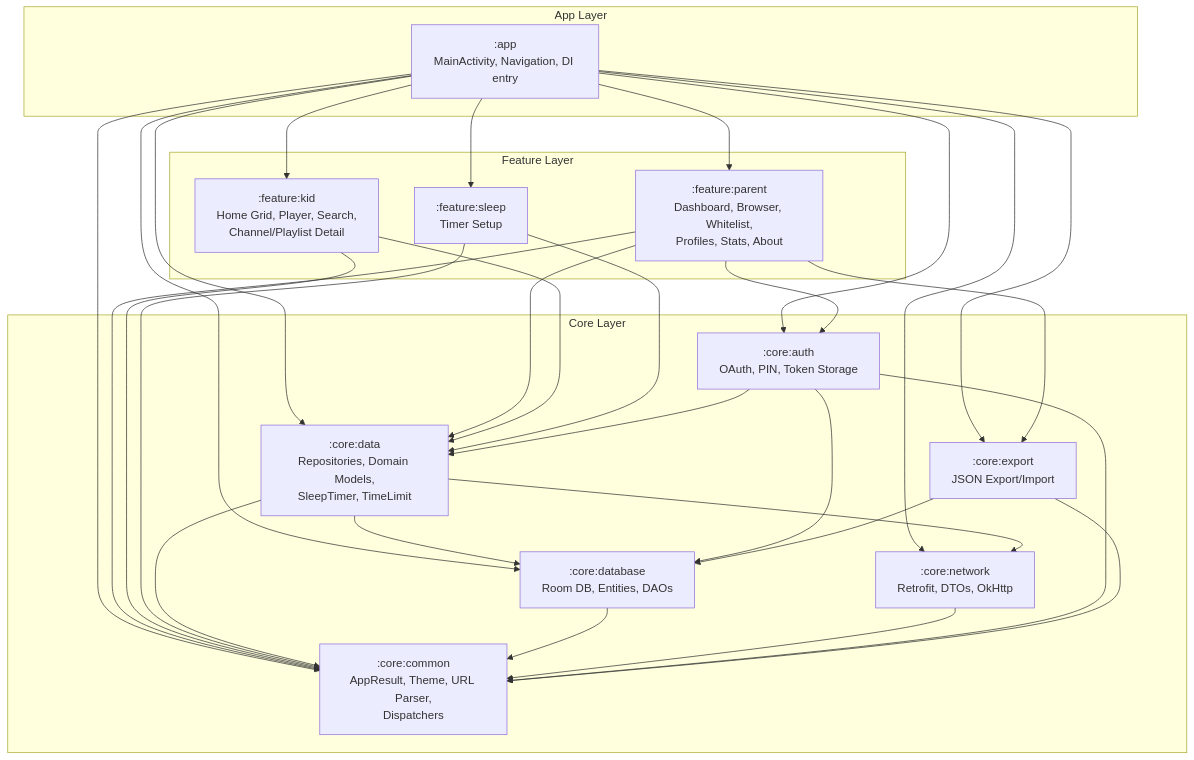
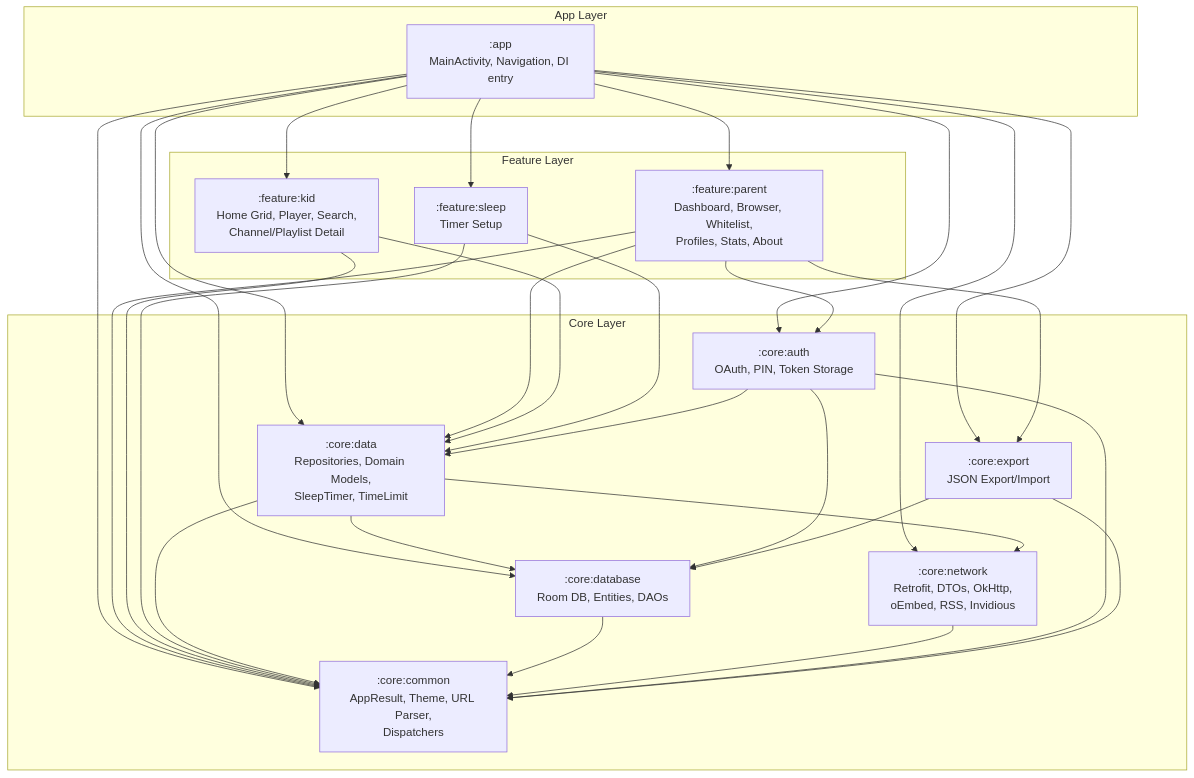
One commit to degipe/YouTubeWhitelist changed the second of 8 diagrams in docs/HLD.md. Above: the diagram before and after it, drawn with Mermaid. The commit also changed other lines of this file and 14 other files, not shown here.

````diff
--- a/docs/HLD.md
+++ b/docs/HLD.md
@@ -77,32 +80,32 @@
 ```mermaid
 graph TD
     subgraph App["App Layer"]
         APP[":app<br/>MainActivity, Navigation, DI entry"]
     end
 
     subgraph Features["Feature Layer"]
         FP[":feature:parent<br/>Dashboard, Browser, Whitelist,<br/>Profiles, Stats, About"]
         FK[":feature:kid<br/>Home Grid, Player, Search,<br/>Channel/Playlist Detail"]
         FS[":feature:sleep<br/>Timer Setup"]
     end
 
     subgraph Core["Core Layer"]
         CC[":core:common<br/>AppResult, Theme, URL Parser,<br/>Dispatchers"]
         CD[":core:data<br/>Repositories, Domain Models,<br/>SleepTimer, TimeLimit"]
         CDB[":core:database<br/>Room DB, Entities, DAOs"]
-        CN[":core:network<br/>Retrofit, DTOs, OkHttp"]
+        CN[":core:network<br/>Retrofit, DTOs, OkHttp,<br/>oEmbed, RSS, Invidious"]
         CA[":core:auth<br/>OAuth, PIN, Token Storage"]
         CE[":core:export<br/>JSON Export/Import"]
     end
 
     APP --> FP & FK & FS
     APP --> CC & CD & CDB & CN & CA & CE
     FP --> CC & CD & CA & CE
     FK --> CC & CD
     FS --> CC & CD
     CD --> CC & CDB & CN
     CDB --> CC
     CN --> CC
     CA --> CC & CD & CDB
     CE --> CC & CDB
 ```
````
